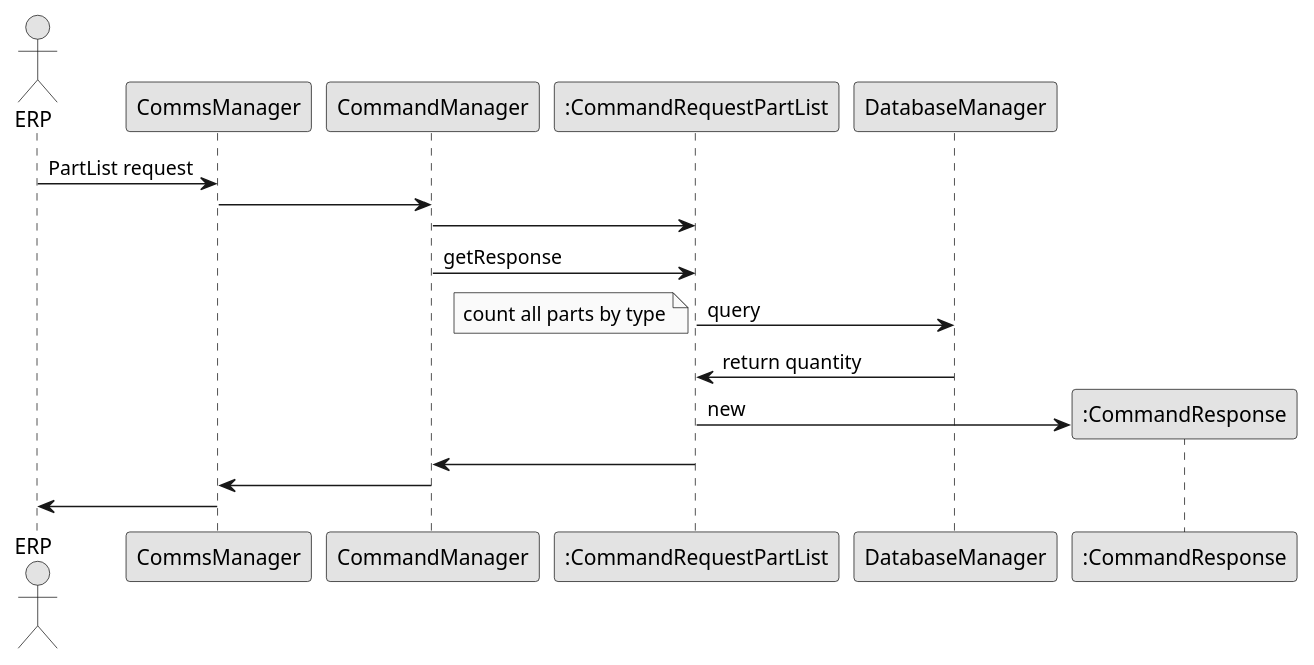
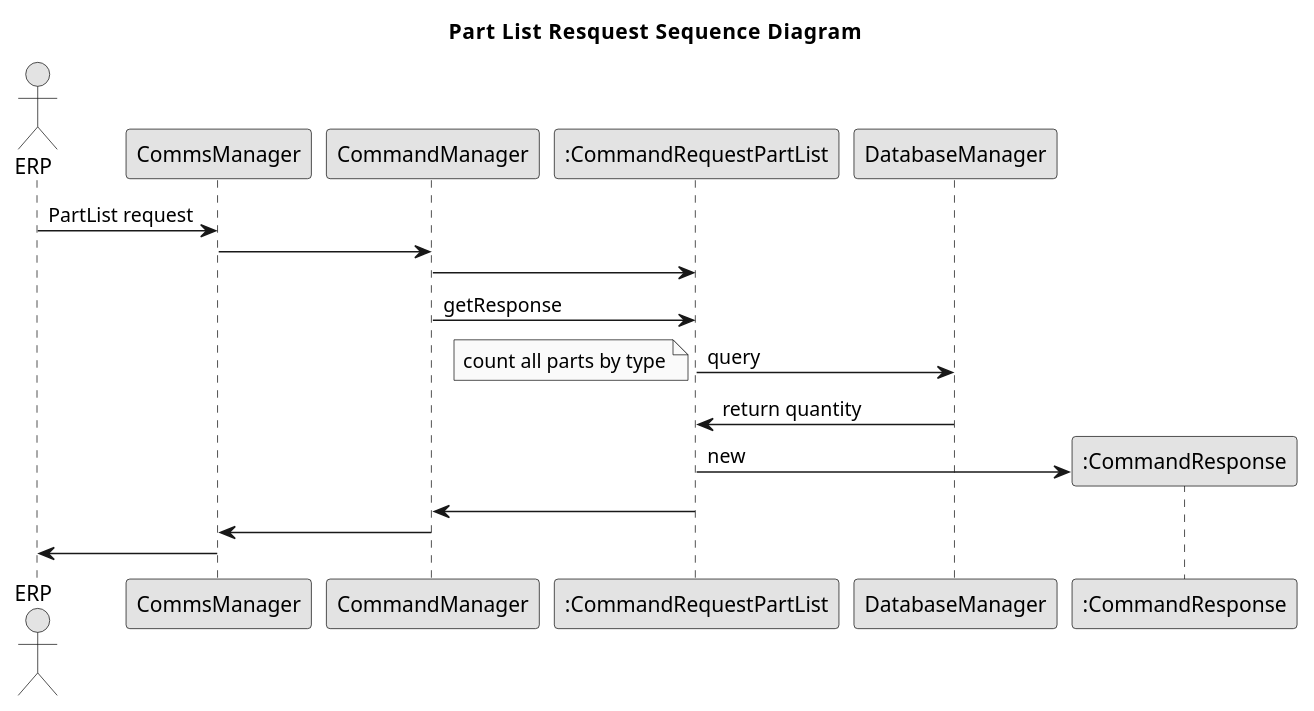
One commit to avrocha/plant-floor-control changed the diagram in docs/sequence_uml/PartList_Request.puml. Above: the diagram before and after it, drawn with PlantUML. The commit also changed 69 other files, not shown here.

Commit message:
UML: #1 #2 #3 #4 #5 #6 - titles added

```diff
--- a/docs/sequence_uml/PartList_Request.puml
+++ b/docs/sequence_uml/PartList_Request.puml
@@ -1,28 +1,29 @@
 @startuml
 
 skinparam linetype ortho
 skinparam Monochrome true
 skinparam classAttributeIconSize 0
 
+title Part List Resquest     Sequence Diagram
 Actor ERP
 ERP ->CommsManager: PartList request
 CommsManager->CommandManager: 
 
 CommandManager->":CommandRequestPartList": 
 
 CommandManager->":CommandRequestPartList": getResponse
 
 ":CommandRequestPartList"->DatabaseManager: query
 note left: count all parts by type 
 DatabaseManager->":CommandRequestPartList": return quantity
 
 Create ":CommandResponse"
 ":CommandRequestPartList"->":CommandResponse": new 
 
 ":CommandRequestPartList"->CommandManager
 CommandManager->CommsManager
 CommsManager->ERP
 
 
 
 @enduml
```
